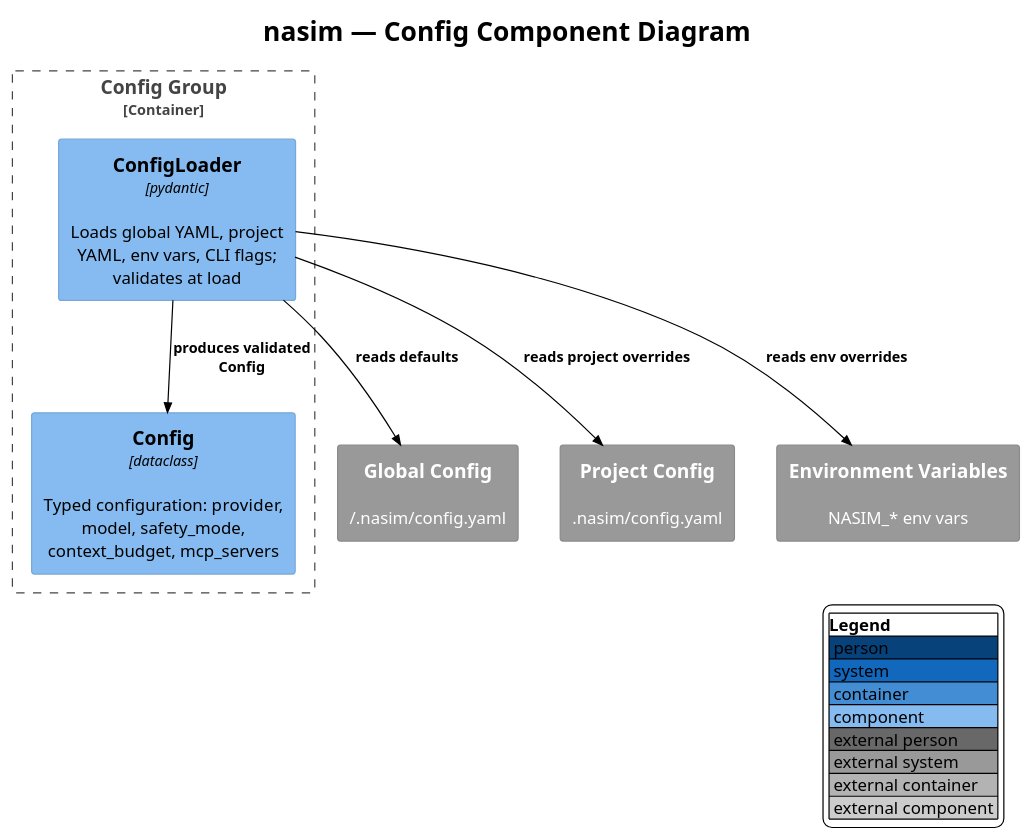
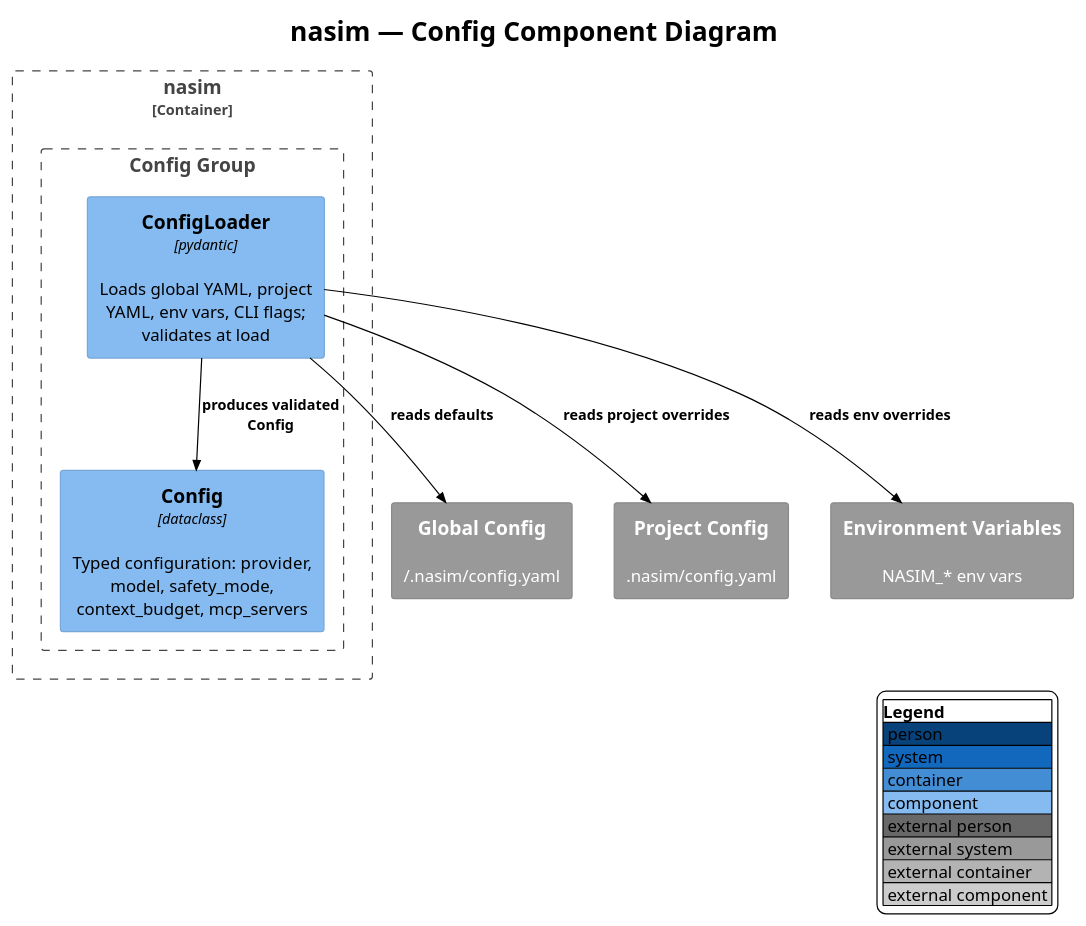
One commit to salimnamvar/nasim changed the diagram in docs/C4/c4_nasim_component_config.puml. Above: the diagram before and after it, drawn with PlantUML. The commit also changed 24 other files, not shown here.

First line of the commit message:
docs(c4): audit and fix all C4 diagrams to 9.0.0 standards

```diff
--- a/docs/C4/c4_nasim_component_config.puml
+++ b/docs/C4/c4_nasim_component_config.puml
@@ -1,33 +1,35 @@
 @startuml c4_nasim_component_config
 !include https://raw.githubusercontent.com/plantuml-stdlib/C4-PlantUML/v2.10.0/C4_Component.puml
 !theme plain
 
 
 ' ============================================================
 ' Title:     nasim — Config Component Diagram
-' Boundary:  nasim core library — Config group
+' Boundary:  nasim (container) — Config Group
 ' Purpose:   Config layer internal components
 ' Milestone: v1.0
-' Version:   6.0.0
+' Version:   9.0.0
 ' Source:    docs/prompt/p1.md — corrective architecture review
 ' Review:    docs/audit/audit.2026.06.20.comprehensive.reference.audit.md
 ' ============================================================
 
 LAYOUT_WITH_LEGEND()
 title nasim — Config Component Diagram
 
-Container_Boundary(config_boundary, "Config Group") {
-    Component(config_loader, "ConfigLoader", "pydantic", "Loads global YAML, project YAML, env vars, CLI flags; validates at load")
-    Component(config_schema, "Config", "dataclass", "Typed configuration: provider, model, safety_mode, context_budget, mcp_servers")
+Container_Boundary(nasim, "nasim") {
+    Boundary(config_group, "Config Group") {
+        Component(config_loader, "ConfigLoader", "pydantic", "Loads global YAML, project YAML, env vars, CLI flags; validates at load")
+        Component(config_schema, "Config", "dataclass", "Typed configuration: provider, model, safety_mode, context_budget, mcp_servers")
+    }
 }
 
 System_Ext(global_config, "Global Config", "~/.nasim/config.yaml")
 System_Ext(project_config, "Project Config", ".nasim/config.yaml")
 System_Ext(env_vars, "Environment Variables", "NASIM_* env vars")
 
 Rel(config_loader, global_config, "reads defaults")
 Rel(config_loader, project_config, "reads project overrides")
 Rel(config_loader, env_vars, "reads env overrides")
 Rel(config_loader, config_schema, "produces validated Config")
 
 @enduml
```
